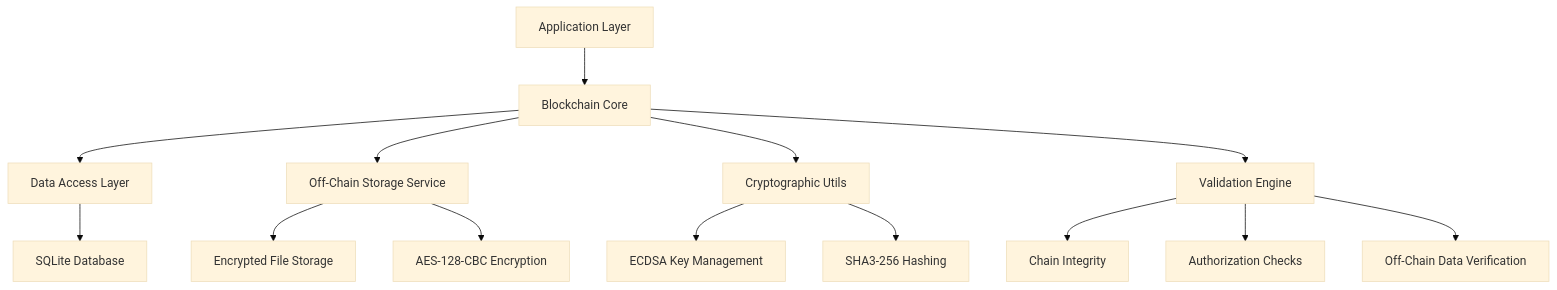
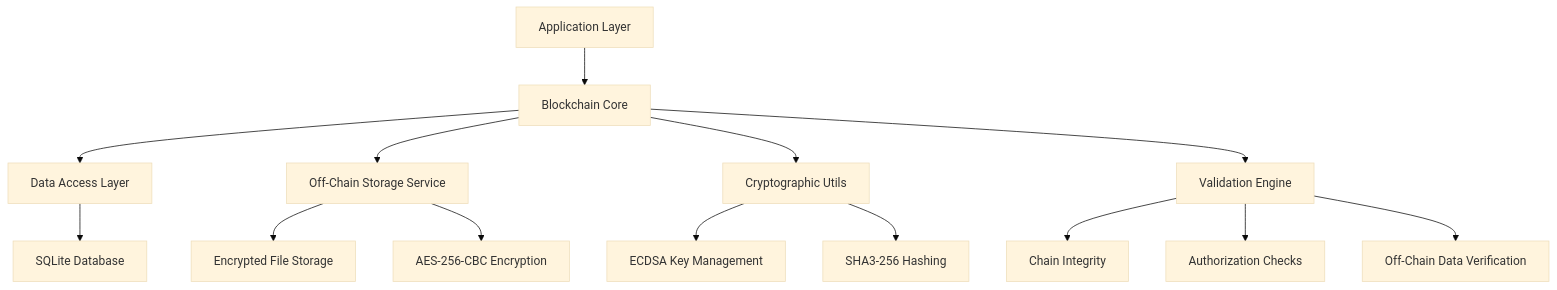
Before and after one commit to rbatllet/private-blockchain: the first of 2 diagrams in docs/TECHNICAL_DETAILS.md, drawn with Mermaid (base theme). The commit also changed other lines of this file and 4 other files, not shown here.

Commit message:
Upgrade encryption from AES-128 to AES-256-CBC.

````diff
--- a/docs/TECHNICAL_DETAILS.md
+++ b/docs/TECHNICAL_DETAILS.md
@@ -48,16 +48,16 @@
 ```mermaid
 graph TD
     A[Application Layer] --> B[Blockchain Core]
     B --> C[Data Access Layer]
     C --> D[SQLite Database]
     B --> K[Off-Chain Storage Service]
     K --> L[Encrypted File Storage]
-    K --> M[AES-128-CBC Encryption]
+    K --> M[AES-256-CBC Encryption]
     B --> E[Cryptographic Utils]
     E --> F[ECDSA Key Management]
     E --> G[SHA3-256 Hashing]
     B --> H[Validation Engine]
     H --> I[Chain Integrity]
     H --> J[Authorization Checks]
     H --> N[Off-Chain Data Verification]
 ```
````
